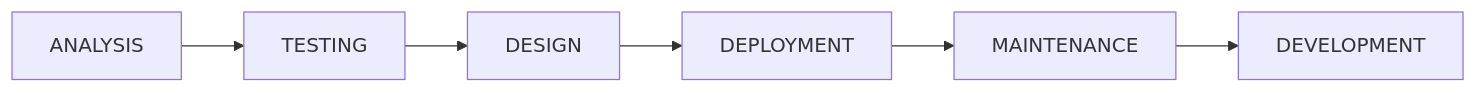
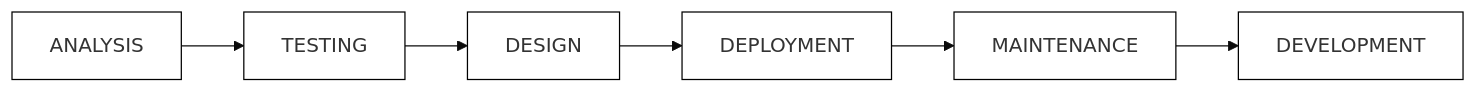
Before and after one commit to skills-dev/merge-of-legends: the diagram in .github/steps/3-2-ducky-talk.md, drawn with Mermaid.

Commit message:
Add white background and black text styling to mermaid diagram

````diff
--- a/.github/steps/3-2-ducky-talk.md
+++ b/.github/steps/3-2-ducky-talk.md
@@ -9,4 +9,5 @@
 ```mermaid
+%%{init: {'theme': 'base', 'themeVariables': {'mainBkg': '#ffffff', 'nodeTextColor': '#000000', 'nodeBorder': '#000000'}}}%%
 graph LR
     A[ANALYSIS] --> B[TESTING] --> C[DESIGN] --> D[DEPLOYMENT] --> E[MAINTENANCE] --> F[DEVELOPMENT]
 ```
````
